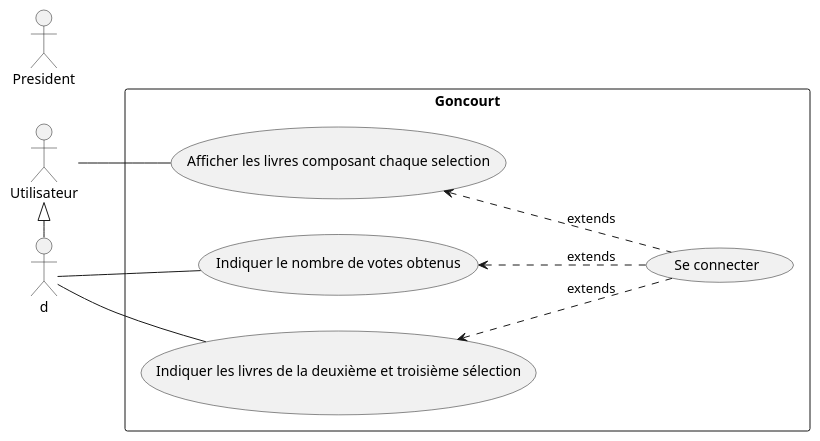
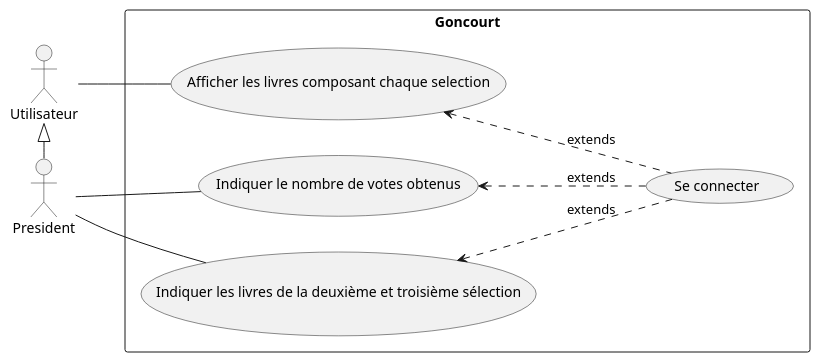
One commit to DucasseRafael91/Goncourt changed the diagram in doc/uml/1-use_case/goncourt-use_case.puml. Above: the diagram before and after it, drawn with PlantUML.

Commit message:
Correction du diagramme de cas d'utilisation

```diff
--- a/doc/uml/1-use_case/goncourt-use_case.puml
+++ b/doc/uml/1-use_case/goncourt-use_case.puml
@@ -1,25 +1,25 @@
 @startuml
 
 left to right direction
 
 actor President as p
 actor Utilisateur as u
 
-u <|-right- d
+u <|-right- p
 
 rectangle Goncourt {
   usecase "Afficher les livres composant chaque selection" as UC1
   usecase "Indiquer les livres de la deuxième et troisième sélection" as UC2
   usecase "Indiquer le nombre de votes obtenus" as UC3
   usecase "Se connecter" as UC4
 }
 
 u -- UC1
-d -- UC2
-d -- UC3
+p -- UC2
+p -- UC3
 
  UC4 .up.> UC1 : extends
  UC4 .up.> UC2 : extends
  UC4 .up.> UC3 : extends
 
 @enduml
```
